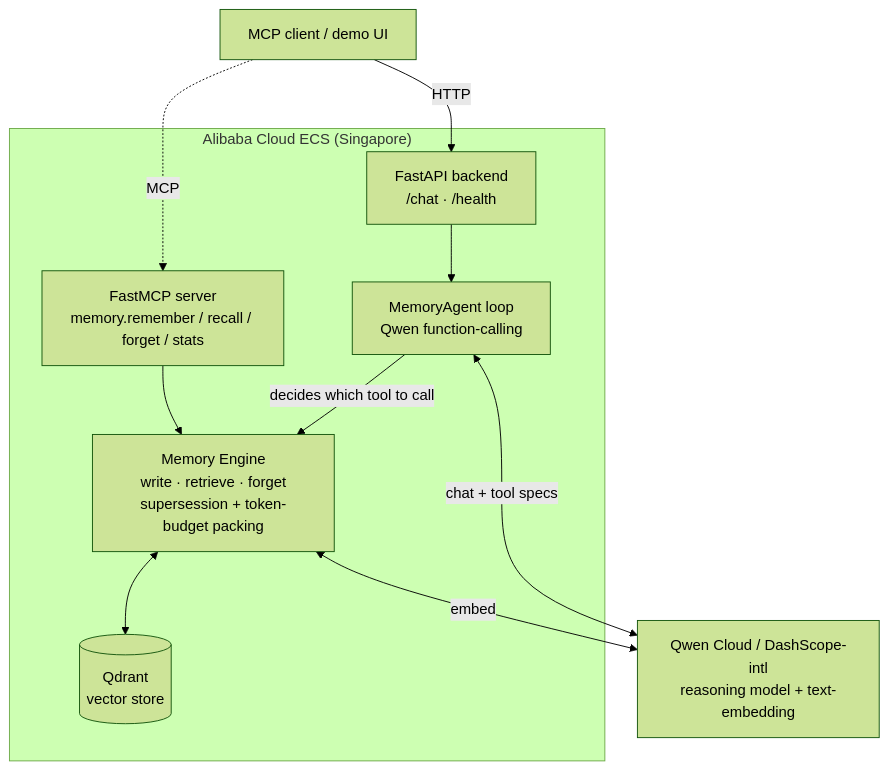
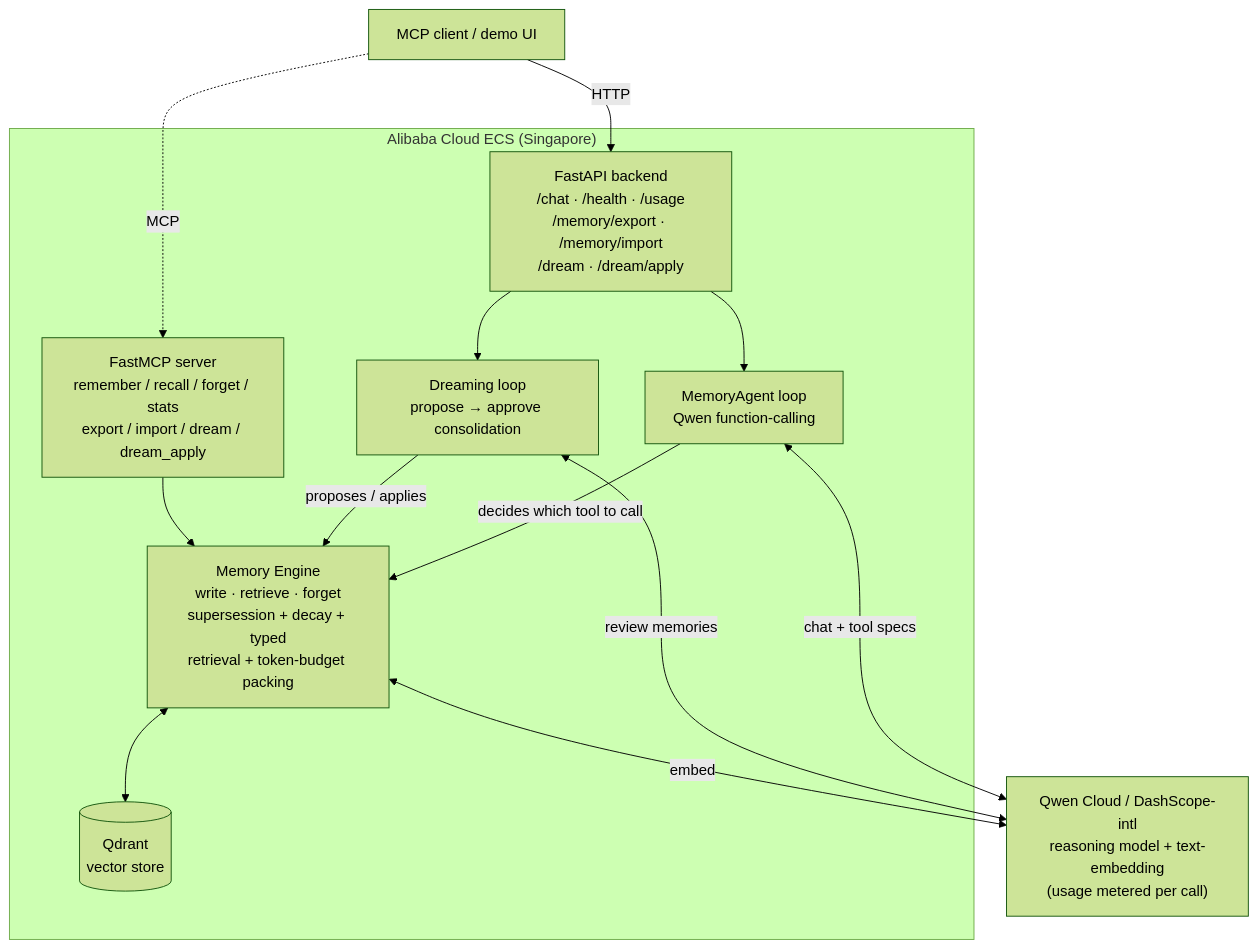
One commit to rduffyuk/qwen-memory-agent changed the diagram in README.md. Above: the diagram before and after it, drawn with Mermaid (forest theme). The commit also changed other lines of this file and 1 other file, not shown here.

First line of the commit message:
docs: sync README + SUBMISSION to the shipped memory engine

````diff
--- a/README.md
+++ b/README.md
@@ -18,23 +24,27 @@
 ```mermaid
 flowchart TB
     U["MCP client / demo UI"]
 
     subgraph ecs["Alibaba Cloud ECS (Singapore)"]
-        API["FastAPI backend<br/>/chat · /health"]
+        API["FastAPI backend<br/>/chat · /health · /usage<br/>/memory/export · /memory/import<br/>/dream · /dream/apply"]
         AGENT["MemoryAgent loop<br/>Qwen function-calling"]
-        MCP["FastMCP server<br/>memory.remember / recall / forget / stats"]
-        ENG["Memory Engine<br/>write · retrieve · forget<br/>supersession + token-budget packing"]
+        DREAM["Dreaming loop<br/>propose → approve consolidation"]
+        MCP["FastMCP server<br/>remember / recall / forget / stats<br/>export / import / dream / dream_apply"]
+        ENG["Memory Engine<br/>write · retrieve · forget<br/>supersession + decay + typed<br/>retrieval + token-budget packing"]
         QD[("Qdrant<br/>vector store")]
     end
 
-    DS["Qwen Cloud / DashScope-intl<br/>reasoning model + text-embedding"]
+    DS["Qwen Cloud / DashScope-intl<br/>reasoning model + text-embedding<br/>(usage metered per call)"]
 
     U -->|HTTP| API
     U -.->|MCP| MCP
     API --> AGENT
+    API --> DREAM
     AGENT -->|"decides which tool to call"| ENG
+    DREAM -->|"proposes / applies"| ENG
     MCP --> ENG
     AGENT <-->|"chat + tool specs"| DS
+    DREAM <-->|"review memories"| DS
     ENG <-->|"embed"| DS
     ENG <--> QD
 ```
````
